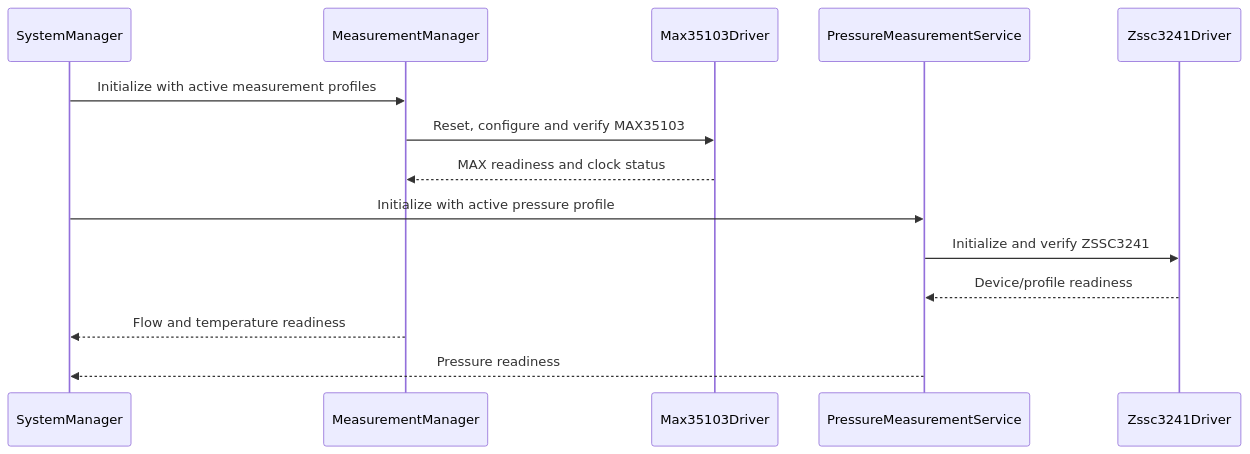
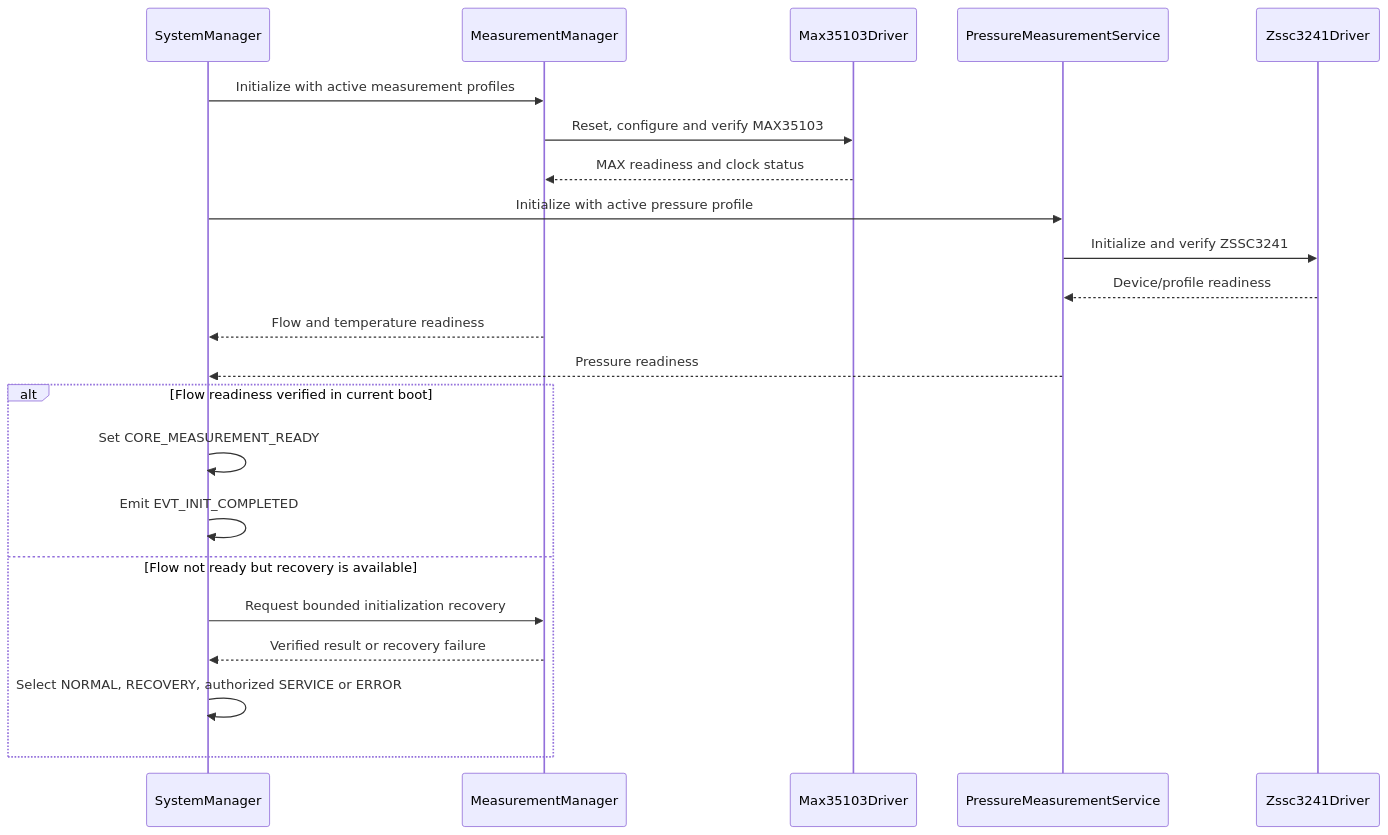
One commit to whoisLePhuc/smart-water-flow-pressure-monitor changed the second of 27 diagrams in 1.docs/00_overview/05_sequence_diagrams.md. Above: the diagram before and after it, drawn with Mermaid. The commit also changed other lines of this file and 8 other files, not shown here.

````diff
--- a/1.docs/00_overview/05_sequence_diagrams.md
+++ b/1.docs/00_overview/05_sequence_diagrams.md
@@ -181,19 +181,28 @@
 ```mermaid
 sequenceDiagram
     participant SM as SystemManager
     participant MM as MeasurementManager
     participant MAX as Max35103Driver
     participant PM as PressureMeasurementService
     participant ZSSC as Zssc3241Driver
 
     SM->>MM: Initialize with active measurement profiles
     MM->>MAX: Reset, configure and verify MAX35103
     MAX-->>MM: MAX readiness and clock status
 
     SM->>PM: Initialize with active pressure profile
     PM->>ZSSC: Initialize and verify ZSSC3241
     ZSSC-->>PM: Device/profile readiness
 
     MM-->>SM: Flow and temperature readiness
     PM-->>SM: Pressure readiness
+
+    alt Flow readiness verified in current boot
+        SM->>SM: Set CORE_MEASUREMENT_READY
+        SM->>SM: Emit EVT_INIT_COMPLETED
+    else Flow not ready but recovery is available
+        SM->>MM: Request bounded initialization recovery
+        MM-->>SM: Verified result or recovery failure
+        SM->>SM: Select NORMAL, RECOVERY, authorized SERVICE or ERROR
+    end
 ```
````
